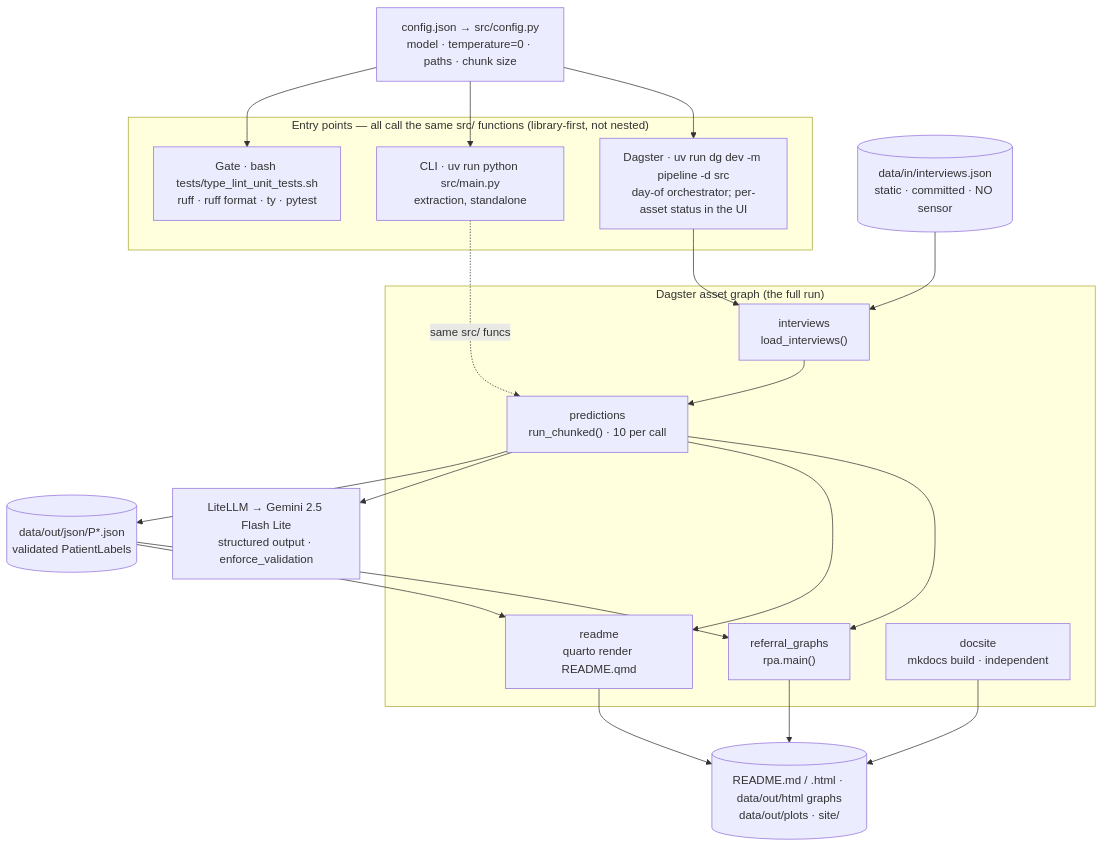
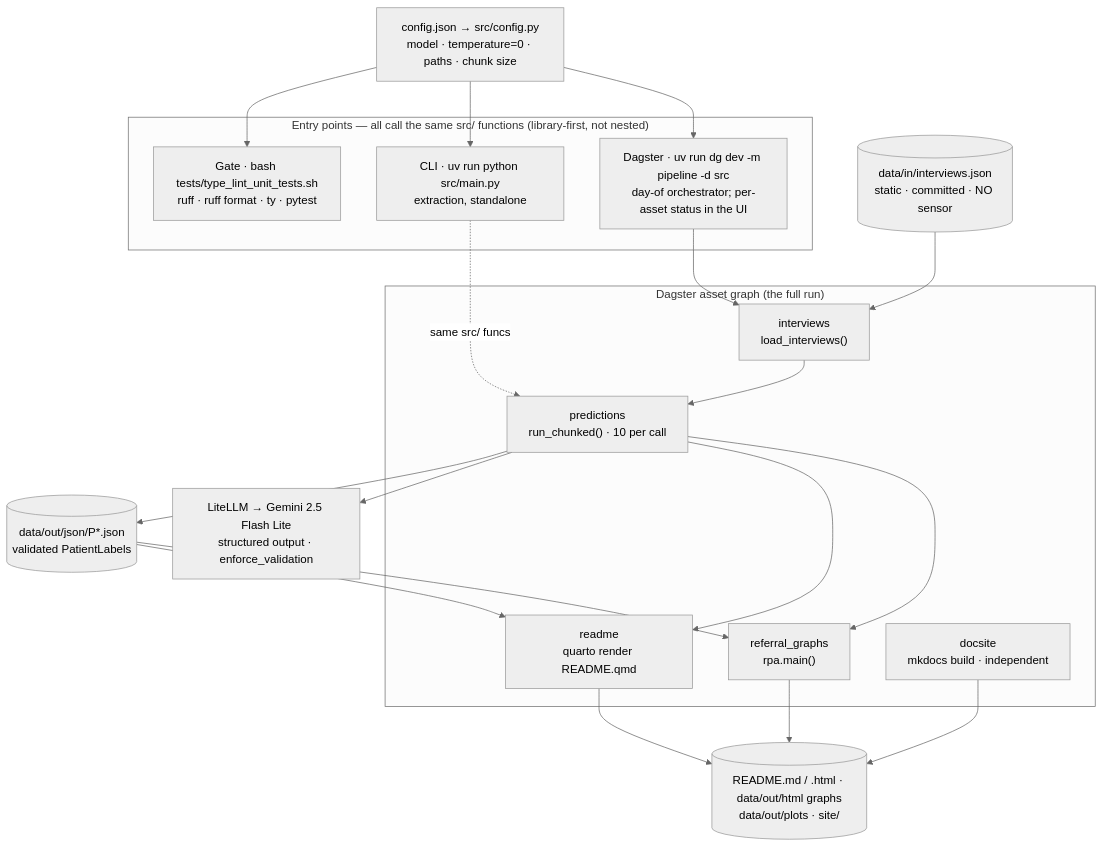
One commit to carecodeconnect/crohnicity changed the diagram in docs/SYSTEM_DESIGN.md. Above: the diagram before and after it, drawn with Mermaid. The commit also changed 12 other files, not shown here.

Commit message:
fixing mermaid rendering of referral_pathway gallery for gh use and mkdocs rendering of mermaid diagrams

````diff
--- a/docs/SYSTEM_DESIGN.md
+++ b/docs/SYSTEM_DESIGN.md
@@ -18,39 +18,40 @@
 ``` mermaid
+%%{init: {'theme':'neutral'}}%%
 flowchart TB
     cfg["config.json → src/config.py<br/>model · temperature=0 · paths · chunk size"]
 
     subgraph entry["Entry points — all call the same src/ functions (library-first, not nested)"]
         dgr["Dagster · uv run dg dev -m pipeline -d src<br/>day-of orchestrator; per-asset status in the UI"]
         cli["CLI · uv run python src/main.py<br/>extraction, standalone"]
         gate["Gate · bash tests/type_lint_unit_tests.sh<br/>ruff · ruff format · ty · pytest"]
     end
 
     subgraph dag["Dagster asset graph (the full run)"]
         interviews["interviews<br/>load_interviews()"]
         predictions["predictions<br/>run_chunked() · 10 per call"]
         referral["referral_graphs<br/>rpa.main()"]
         rdme["readme<br/>quarto render README.qmd"]
         docsite["docsite<br/>mkdocs build · independent"]
         interviews --> predictions --> referral
         predictions --> rdme
     end
 
     indata[("data/in/interviews.json<br/>static · committed · NO sensor")]
     gemini["LiteLLM → Gemini 2.5 Flash Lite<br/>structured output · enforce_validation"]
     outjson[("data/out/json/P*.json<br/>validated PatientLabels")]
     arte[("README.md / .html · data/out/html graphs<br/>data/out/plots · site/")]
 
     cfg --> dgr
     cfg --> cli
     cfg --> gate
     dgr --> interviews
     cli -. same src/ funcs .-> predictions
     indata --> interviews
     predictions --> gemini
     predictions --> outjson
     outjson --> referral
     outjson --> rdme
     referral --> arte
     rdme --> arte
     docsite --> arte
 ```
````
